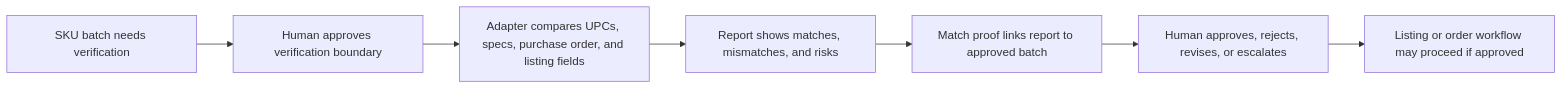
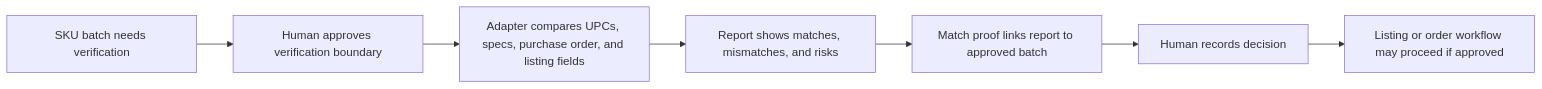
The second of 2 diagrams in docs/use-cases.md (joefeser/hacp), drawn with Mermaid before and after one commit. The commit also changed other lines of this file and 1 other file, not shown here.

````diff
--- a/docs/use-cases.md
+++ b/docs/use-cases.md
@@ -69,9 +75,9 @@
 ```mermaid
 flowchart LR
   A["SKU batch needs verification"] --> B["Human approves verification boundary"]
   B --> C["Adapter compares UPCs, specs, purchase order, and listing fields"]
   C --> D["Report shows matches, mismatches, and risks"]
   D --> E["Match proof links report to approved batch"]
-  E --> F["Human approves, rejects, revises, or escalates"]
+  E --> F["Human records decision"]
   F --> G["Listing or order workflow may proceed if approved"]
 ```
````
